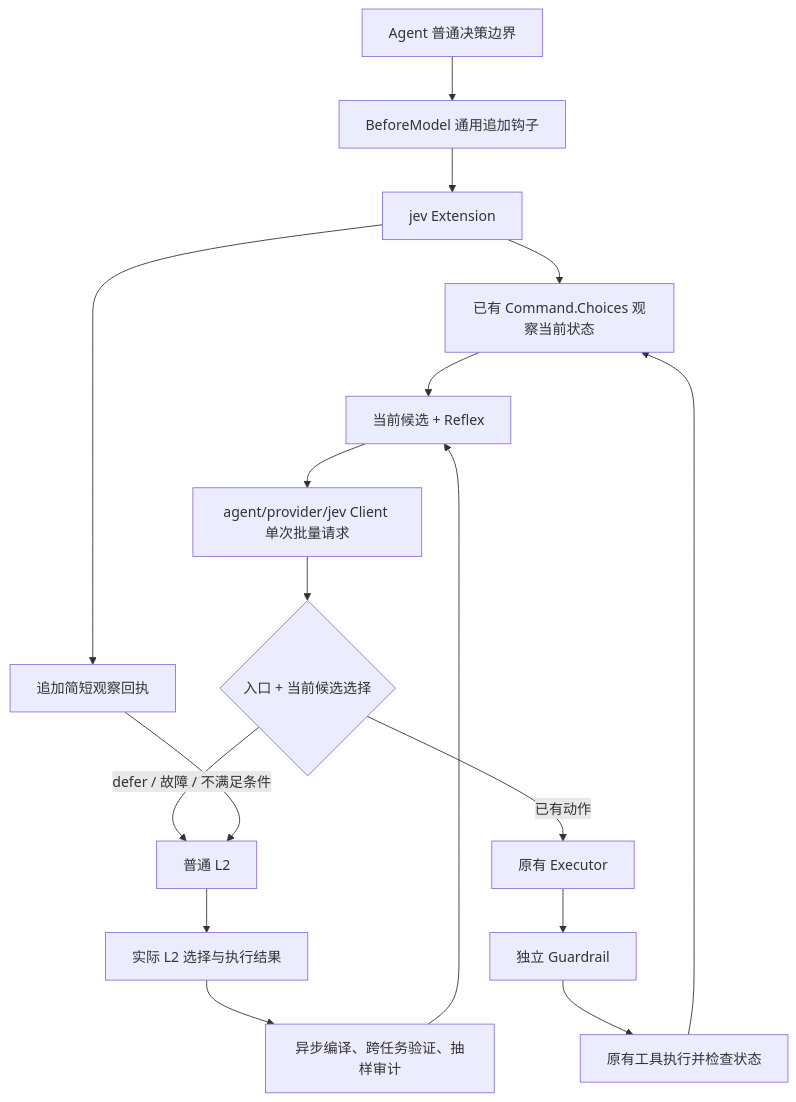
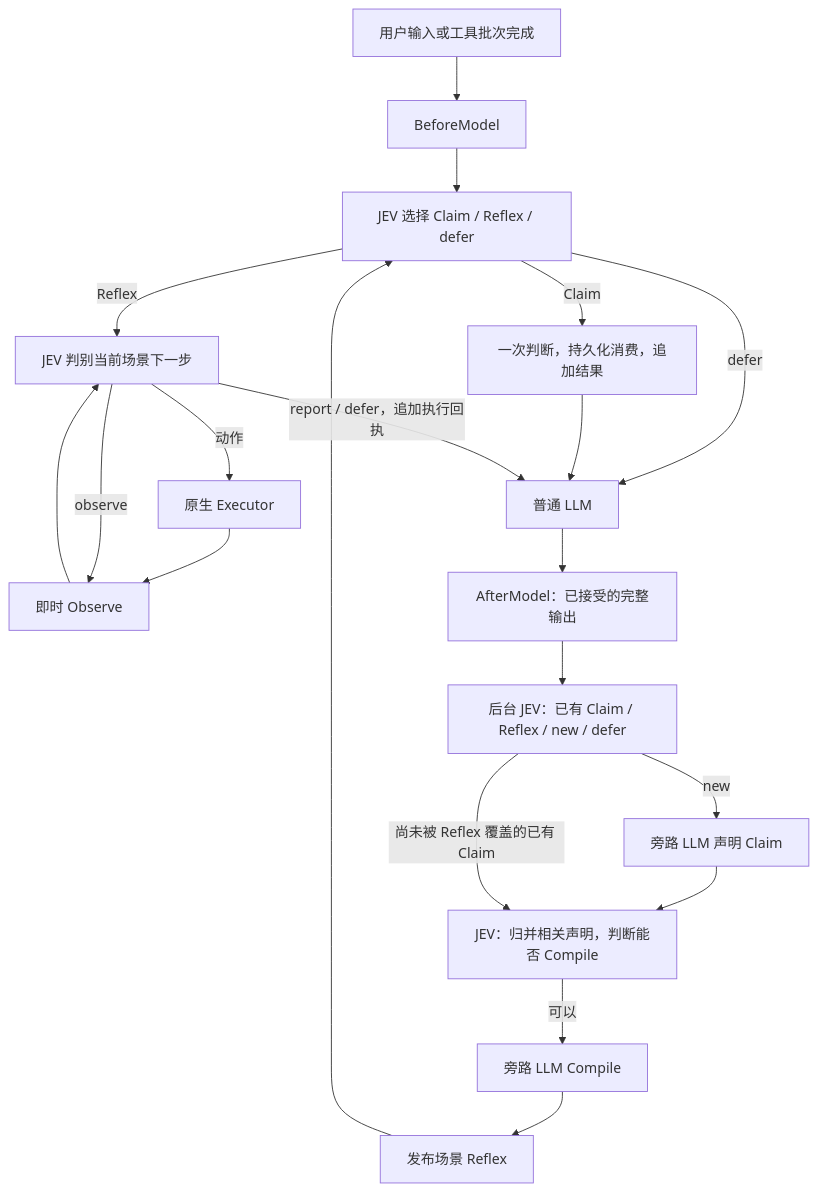
One commit to StAugustine/aiscan changed the diagram in docs/jev-implementation-20260927.md. Above: the diagram before and after it, drawn with Mermaid. The commit also changed other lines of this file and 138 other files, not shown here.

````diff
--- a/docs/jev-implementation-20260927.md
+++ b/docs/jev-implementation-20260927.md
@@ -15,19 +34,22 @@
 ```mermaid
 flowchart TD
-  A[Agent 普通决策边界] --> B[BeforeModel 通用追加钩子]
-  B --> C[jev Extension]
-  C --> D[已有 Command.Choices 观察当前状态]
-  D --> E[当前候选 + Reflex]
-  E --> F[agent/provider/jev Client 单次批量请求]
-  F --> G{入口 + 当前候选选择}
-  G -->|defer / 故障 / 不满足条件| H[普通 L2]
-  G -->|已有动作| I[原有 Executor]
-  I --> J[独立 Guardrail]
-  J --> K[原有工具执行并检查状态]
-  K --> D
-  C --> L[追加简短观察回执]
-  L --> H
-  H --> M[实际 L2 选择与执行结果]
-  M --> N[异步编译、跨任务验证、抽样审计]
-  N --> E
+    A[用户输入或工具批次完成] --> B[BeforeModel]
+    B --> C[JEV 选择 Claim / Reflex / defer]
+    C -->|Claim| D[一次判断，持久化消费，追加结果]
+    C -->|Reflex| E[JEV 判别当前场景下一步]
+    E -->|动作| X[原生 Executor]
+    X --> O[即时 Observe]
+    E -->|observe| O
+    O --> E
+    C -->|defer| L[普通 LLM]
+    D --> L
+    E -->|report / defer，追加执行回执| L
+    L --> F[AfterModel：已接受的完整输出]
+    F --> G[后台 JEV：已有 Claim / Reflex / new / defer]
+    G -->|new| H[旁路 LLM 声明 Claim]
+    H --> I[JEV：归并相关声明，判断能否 Compile]
+    G -->|尚未被 Reflex 覆盖的已有 Claim| I
+    I -->|可以| J[旁路 LLM Compile]
+    J --> K[发布场景 Reflex]
+    K --> C
 ```
````
